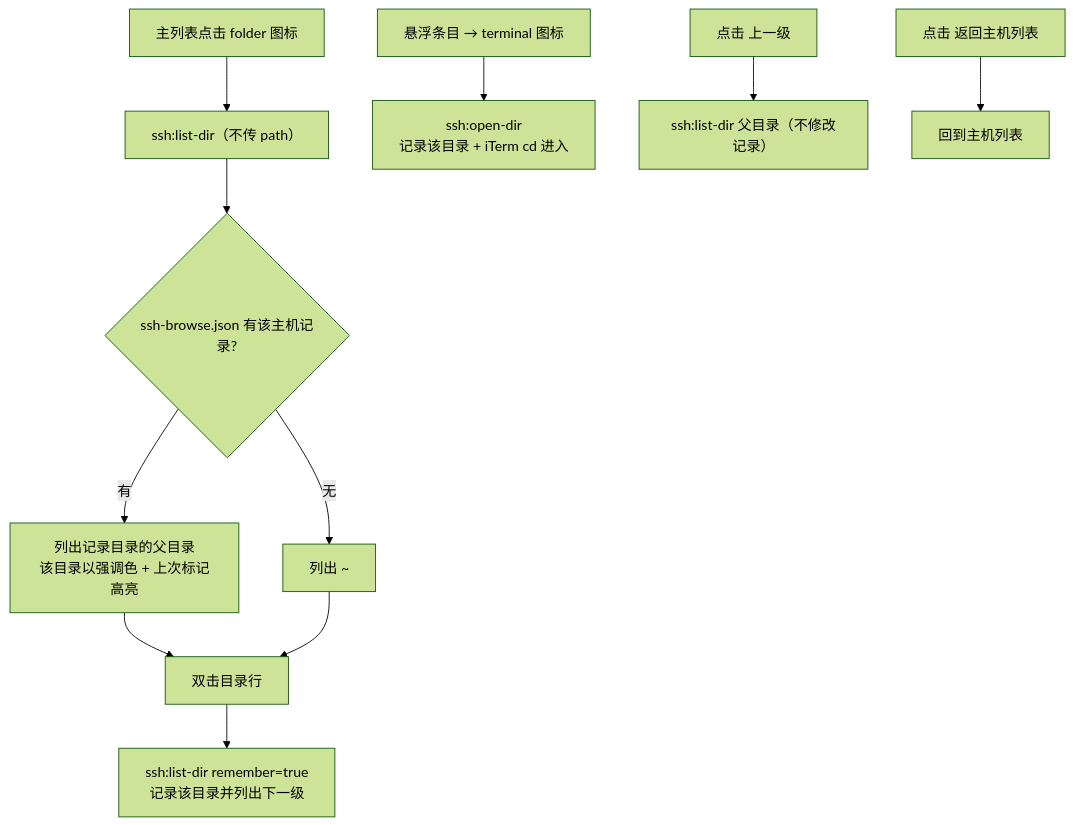
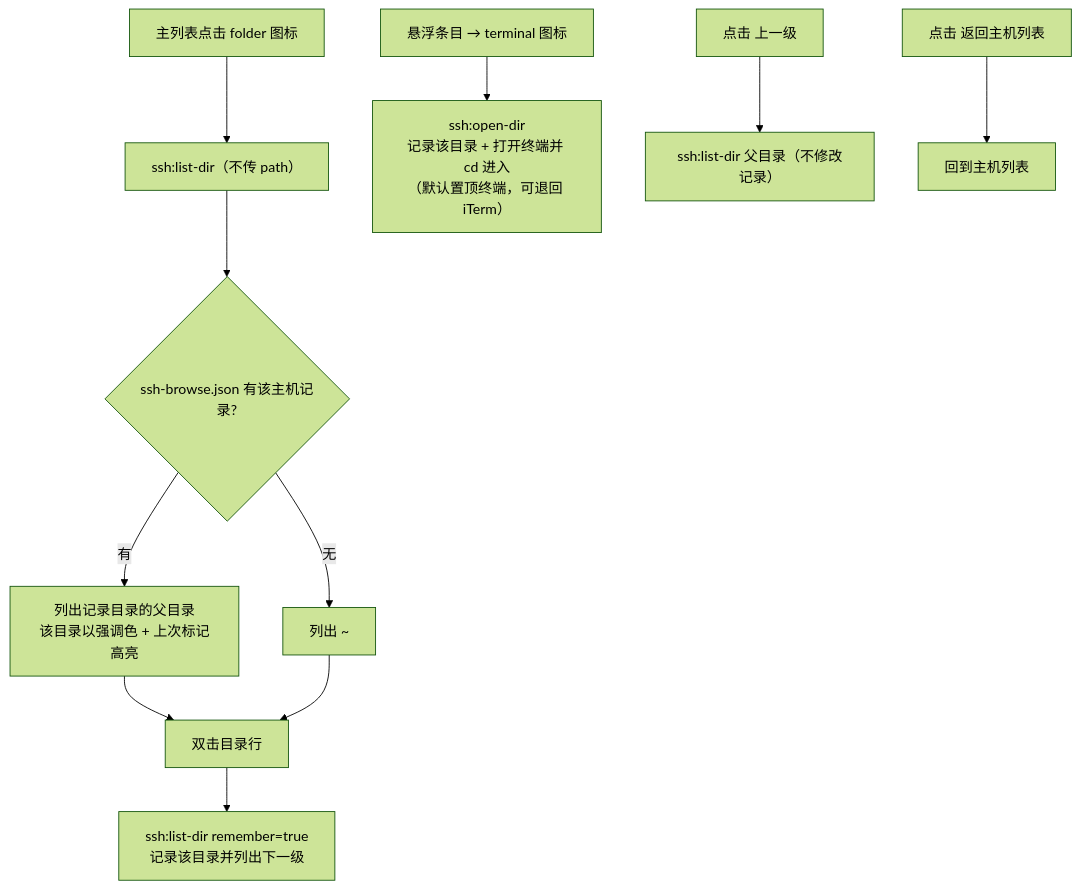
Before and after one commit to o8x/ships: the fifth of 5 diagrams in docs/PRD.md, drawn with Mermaid (forest theme). The commit also changed other lines of this file and 6 other files, not shown here.

Commit message:
fix: unclip the terminal last row and route SSH browse through the built-in terminal

````diff
--- a/docs/PRD.md
+++ b/docs/PRD.md
@@ -396,13 +397,13 @@
 ```mermaid
 flowchart TD
   A[主列表点击 folder 图标] --> B["ssh:list-dir（不传 path）"]
   B --> C{ssh-browse.json 有该主机记录?}
   C -- 有 --> D[列出记录目录的父目录<br/>该目录以强调色 + 上次标记高亮]
   C -- 无 --> E[列出 ~]
   D --> F[双击目录行]
   E --> F
   F --> G["ssh:list-dir remember=true<br/>记录该目录并列出下一级"]
-  H[悬浮条目 → terminal 图标] --> I["ssh:open-dir<br/>记录该目录 + iTerm cd 进入"]
+  H[悬浮条目 → terminal 图标] --> I["ssh:open-dir<br/>记录该目录 + 打开终端并 cd 进入<br/>（默认置顶终端，可退回 iTerm）"]
   J[点击 上一级] --> K["ssh:list-dir 父目录（不修改记录）"]
   L[点击 返回主机列表] --> M[回到主机列表]
 ```
````
